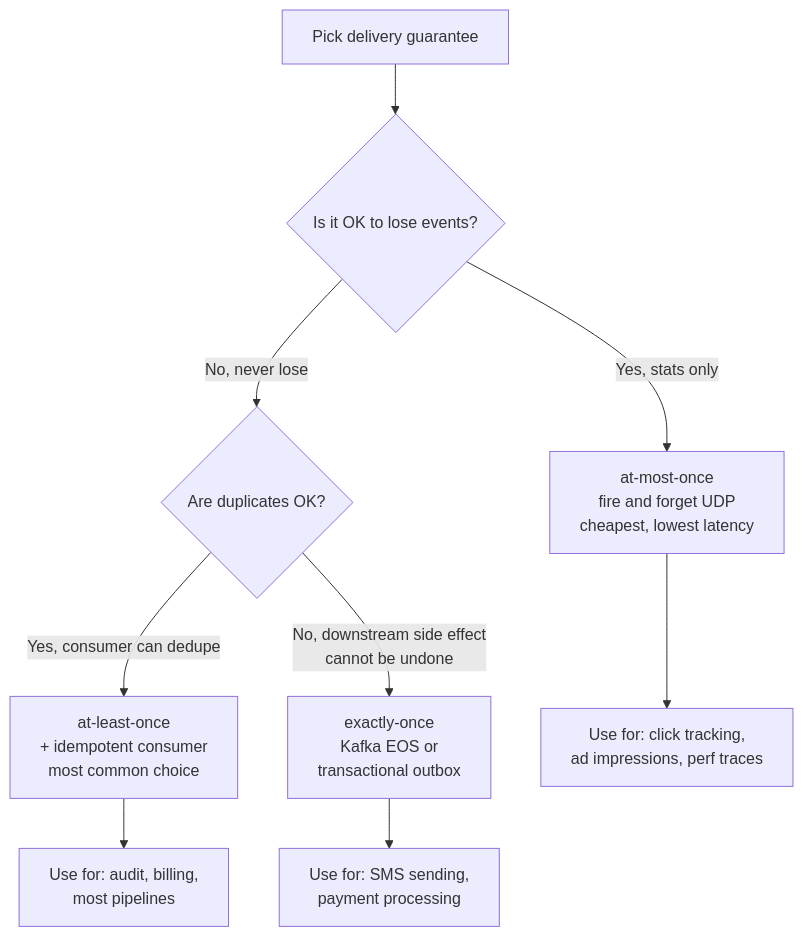
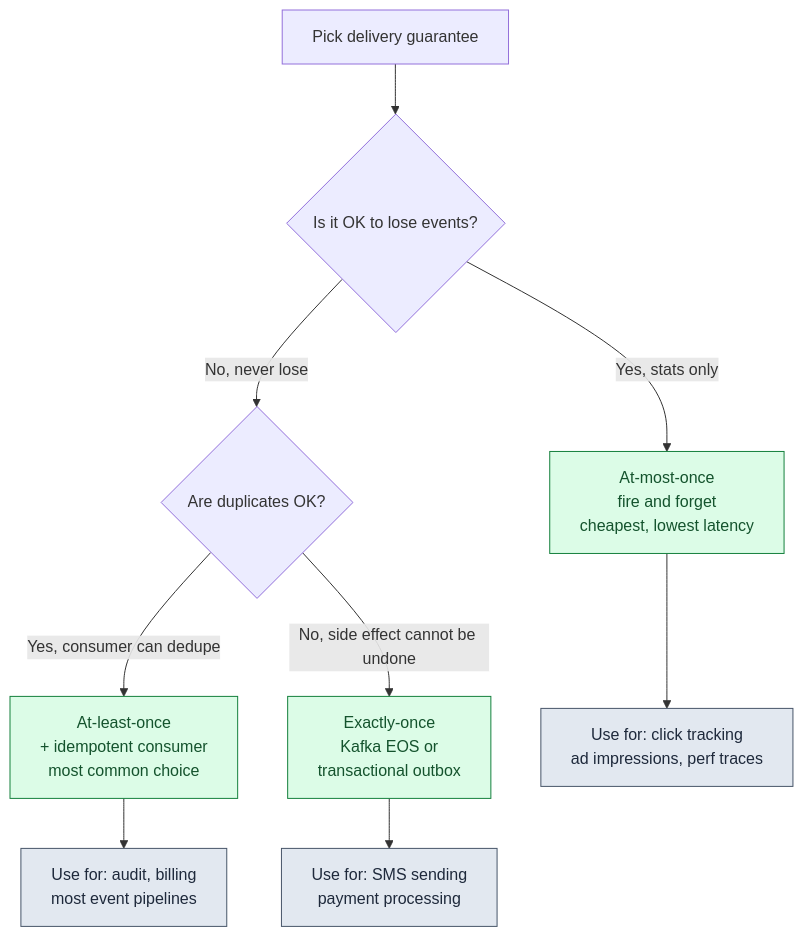
Before and after one commit to shiningflash/system-design: diagram 11 of 11 in problems/018-write-heavy-patterns/question.md, drawn with Mermaid. The commit also changed other lines of this file and 38 other files, not shown here.

````diff
--- a/problems/018-write-heavy-patterns/question.md
+++ b/problems/018-write-heavy-patterns/question.md
@@ -463,11 +475,14 @@
 ```mermaid
 flowchart TD
     A[Pick delivery guarantee] --> B{Is it OK to lose events?}
-    B -->|Yes, stats only| C[at-most-once<br/>fire and forget UDP<br/>cheapest, lowest latency]
+    B -->|Yes, stats only| C["At-most-once<br/>fire and forget<br/>cheapest, lowest latency"]:::ok
     B -->|No, never lose| D{Are duplicates OK?}
-    D -->|Yes, consumer can dedupe| E[at-least-once<br/>+ idempotent consumer<br/>most common choice]
-    D -->|No, downstream side effect<br/>cannot be undone| F[exactly-once<br/>Kafka EOS or<br/>transactional outbox]
-    C --> G[Use for: click tracking,<br/>ad impressions, perf traces]
-    E --> H[Use for: audit, billing,<br/>most pipelines]
-    F --> I[Use for: SMS sending,<br/>payment processing]
+    D -->|Yes, consumer can dedupe| E["At-least-once<br/>+ idempotent consumer<br/>most common choice"]:::ok
+    D -->|No, side effect cannot be undone| F["Exactly-once<br/>Kafka EOS or<br/>transactional outbox"]:::ok
+    C --> G["Use for: click tracking<br/>ad impressions, perf traces"]:::app
+    E --> H["Use for: audit, billing<br/>most event pipelines"]:::app
+    F --> I["Use for: SMS sending<br/>payment processing"]:::app
+
+    classDef ok  fill:#dcfce7,stroke:#15803d,color:#14532d
+    classDef app fill:#e2e8f0,stroke:#475569,color:#1e293b
 ```
````
